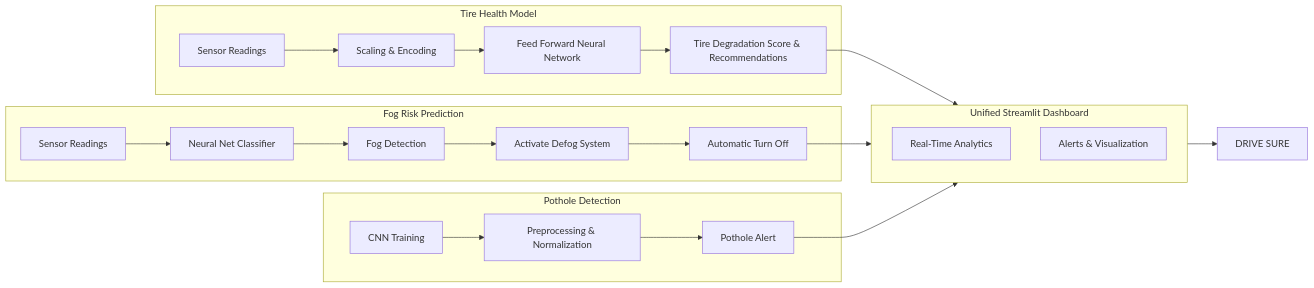
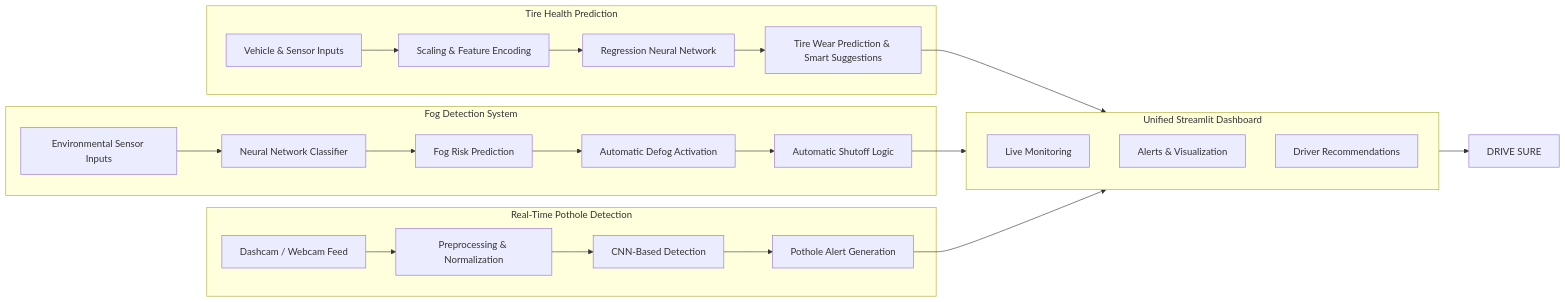
The diagram in README.md (32732Nikitha/Tata-Innovation-26_DriveSure), drawn with Mermaid before and after one commit. The commit also changed other lines of this file, not shown here.

````diff
--- a/README.md
+++ b/README.md
@@ -42,45 +66,58 @@
 ```mermaid
 flowchart LR
 
-%% Tire Module
-subgraph T1[Tire Health Model]
-A1[Sensor Readings]
-A2[Scaling & Encoding]
-A3[Feed Forward Neural Network]
-A4[Tire Degradation Score & Recommendations]
+%% =========================
+%% Tire Health Prediction
+%% =========================
+subgraph T1[Tire Health Prediction]
+A1[Vehicle & Sensor Inputs]
+A2[Scaling & Feature Encoding]
+A3[Regression Neural Network]
+A4[Tire Wear Prediction & Smart Suggestions]
 
 A1 --> A2 --> A3 --> A4
 end
 
-%% Fog Module
-subgraph T2[Fog Risk Prediction]
-B1[Sensor Readings]
-B2[Neural Net Classifier]
-B3[Fog Detection]
-B4[Activate Defog System]
-B5[Automatic Turn Off]
+%% =========================
+%% Fog Detection System
+%% =========================
+subgraph T2[Fog Detection System]
+B1[Environmental Sensor Inputs]
+B2[Neural Network Classifier]
+B3[Fog Risk Prediction]
+B4[Automatic Defog Activation]
+B5[Automatic Shutoff Logic]
 
 B1 --> B2 --> B3 --> B4 --> B5
 end
 
-%% Pothole Module
-subgraph T3[Pothole Detection]
-C1[CNN Training]
+%% =========================
+%% Pothole Detection System
+%% =========================
+subgraph T3[Real-Time Pothole Detection]
+C1[Dashcam / Webcam Feed]
 C2[Preprocessing & Normalization]
-C3[Pothole Alert]
+C3[CNN-Based Detection]
+C4[Pothole Alert Generation]
 
-C1 --> C2 --> C3
+C1 --> C2 --> C3 --> C4
 end
 
-%% Dashboard
+%% =========================
+%% Unified Dashboard
+%% =========================
 subgraph D1[Unified Streamlit Dashboard]
-D2[Real-Time Analytics]
+D2[Live Monitoring]
 D3[Alerts & Visualization]
+D4[Driver Recommendations]
 end
 
+%% =========================
+%% Connections
+%% =========================
 A4 --> D1
 B5 --> D1
-C3 --> D1
+C4 --> D1
 
 D1 --> Z[DRIVE SURE]
 ```
````
